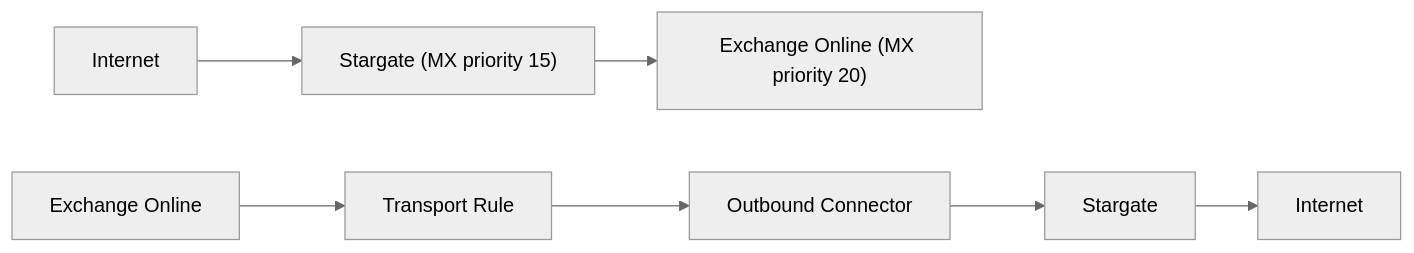
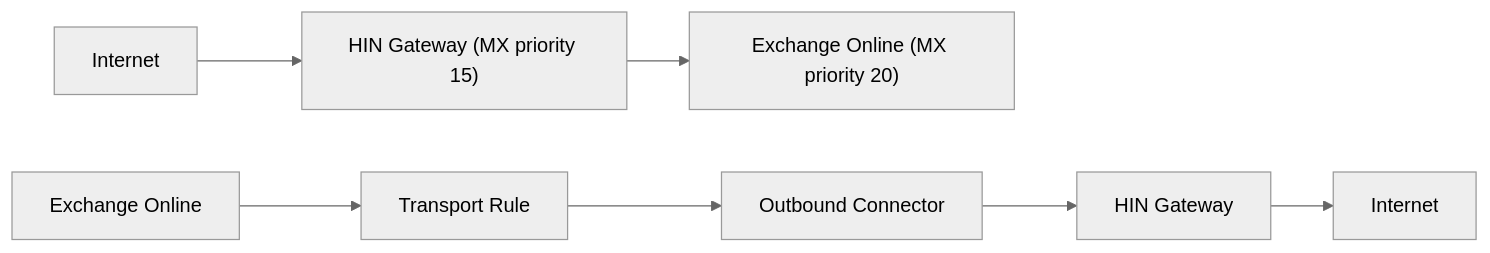
Before and after one commit to Health-Info-Net-AG/Stargate-deployment: the second of 2 diagrams in docs/en/Exchange-integration.md, drawn with Mermaid (neutral theme). The commit also changed other lines of this file and 3 other files, not shown here.

````diff
--- a/docs/en/Exchange-integration.md
+++ b/docs/en/Exchange-integration.md
@@ -36,13 +36,13 @@
 ```mermaid
 flowchart LR
     I1 --> mx15 --> mx20
-    EO --> TR --> OC --> Stargate --> I2
+    EO --> TR --> OC --> HG --> I2
     I1["Internet"]
     I2["Internet"]
-    mx15["Stargate (MX priority 15)"]
+    mx15["HIN Gateway (MX priority 15)"]
     mx20["Exchange Online (MX priority 20)"]
     EO["Exchange Online"]
     TR["Transport Rule"]
     OC["Outbound Connector"]
-    Stargate
+    HG["HIN Gateway"]
 ```
````
